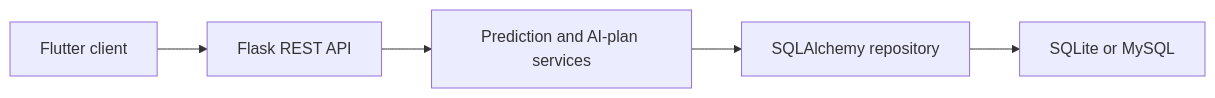
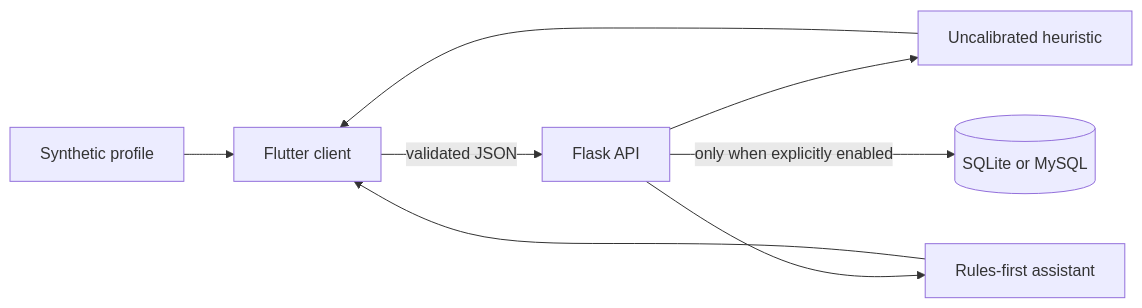
Before and after one commit to badugujashwanth-create/Heart-Stock-Analysis: the diagram in docs/ARCHITECTURE.md, drawn with Mermaid. The commit also changed other lines of this file and 67 other files, not shown here.

````diff
--- a/docs/ARCHITECTURE.md
+++ b/docs/ARCHITECTURE.md
@@ -7,8 +5,10 @@
 ```mermaid
 flowchart LR
-  N0[Flutter client] --> N1
-  N1[Flask REST API] --> N2
-  N2[Prediction and AI-plan services] --> N3
-  N3[SQLAlchemy repository] --> N4
-  N4[SQLite or MySQL]
+  U[Synthetic profile] --> F[Flutter client]
+  F -->|validated JSON| A[Flask API]
+  A --> H[Uncalibrated heuristic]
+  A --> R[Rules-first assistant]
+  A -->|only when explicitly enabled| D[(SQLite or MySQL)]
+  H --> F
+  R --> F
 ```
````
